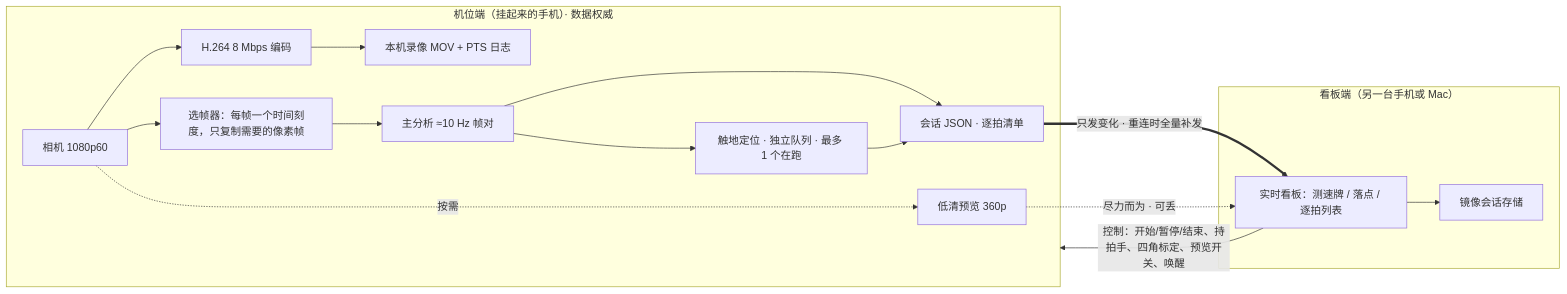
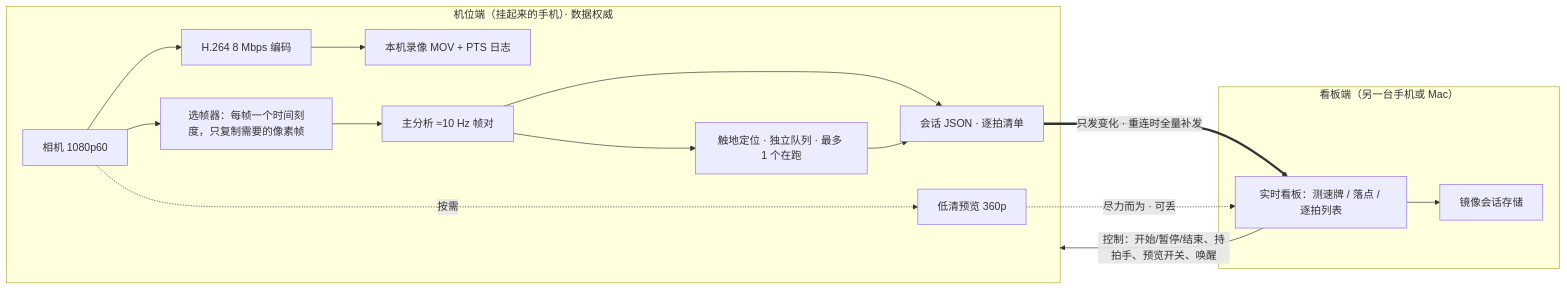
Before and after one commit to claude89757/zacks-court: the diagram in docs/camera-side-analysis.md, drawn with Mermaid. The commit also changed other lines of this file and 41 other files, not shown here.

````diff
--- a/docs/camera-side-analysis.md
+++ b/docs/camera-side-analysis.md
@@ -22,20 +22,20 @@
 ```mermaid
 flowchart LR
   subgraph CAM["机位端（挂起来的手机）· 数据权威"]
     C[相机 1080p60] --> E[H.264 8 Mbps 编码] --> R[本机录像 MOV + PTS 日志]
     C --> S[选帧器：每帧一个时间刻度，只复制需要的像素帧]
     S --> A[主分析 ≈10 Hz 帧对]
     A --> B[触地定位 · 独立队列 · 最多 1 个在跑]
     A --> J[会话 JSON · 逐拍清单]
     B --> J
     C -.按需.-> P[低清预览 360p]
   end
   subgraph VIEW["看板端（另一台手机或 Mac）"]
     D[实时看板：测速牌 / 落点 / 逐拍列表]
     M[镜像会话存储]
   end
   J == 只发变化 · 重连时全量补发 ==> D
   D --> M
   P -. 尽力而为 · 可丢 .-> D
-  D -- 控制：开始/暂停/结束、持拍手、四角标定、预览开关、唤醒 --> CAM
+  D -- 控制：开始/暂停/结束、持拍手、预览开关、唤醒 --> CAM
 ```
````
